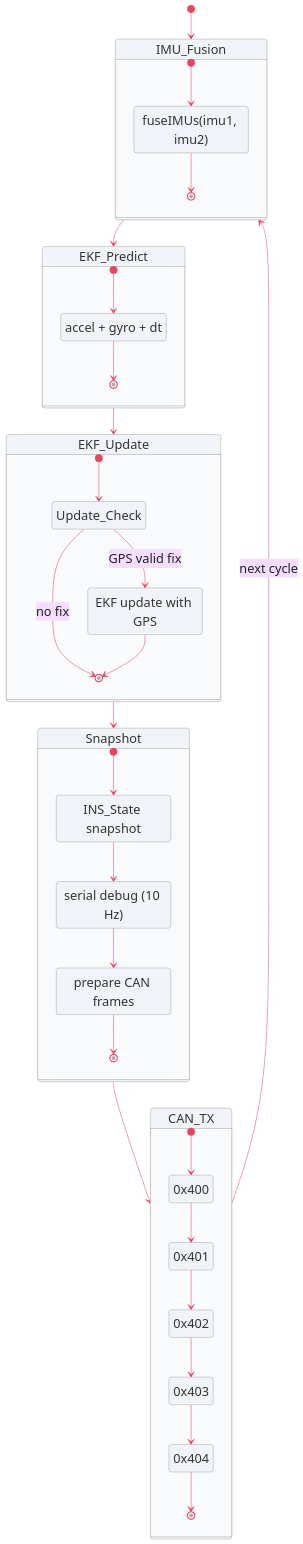
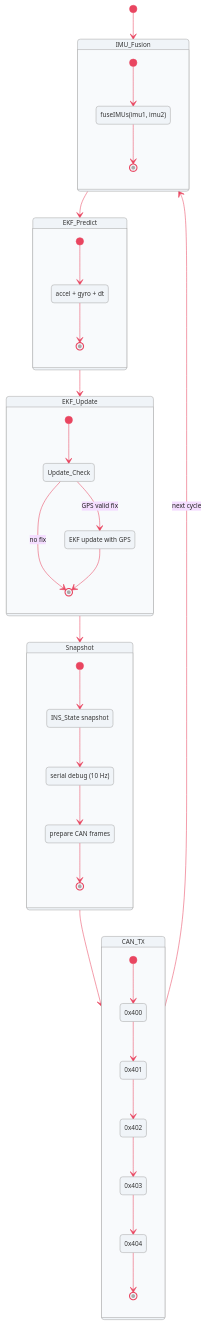
The fourth of 4 diagrams in README.md (ptmotorsport/PT-IMU2CAN), drawn with Mermaid before and after one commit. The commit also changed other lines of this file, not shown here.

Commit message:
Update README.md
adjust font size

````diff
--- a/README.md
+++ b/README.md
@@ -99,79 +99,79 @@
 ```mermaid
 %%{init: {'theme': 'base', 'themeVariables': {
-    'fontSize': '24px',
+    'fontSize': '12px',
     'lineColor': '#e94560',
     'mainBkg': '#f0f4f8',
     'nodeBorder': '#aaaaaa',
     'textColor': '#222222',
     'background': '#f8fafc',
     'clusterBkg': '#f1f5f9'
 }}}%%
 stateDiagram-v2
 
     [*] --> IMU_Fusion
 
     IMU_Fusion --> EKF_Predict
 
     state IMU_Fusion {
         direction TB
         [*] --> Fuse
         Fuse : fuseIMUs(imu1, imu2)
         Fuse --> [*]
     }
 
     EKF_Predict --> EKF_Update
 
     state EKF_Predict {
         direction TB
         [*] --> Predict
         Predict : accel + gyro + dt
         Predict --> [*]
     }
 
     state EKF_Update {
         direction TB
         [*] --> Update_Check
         Update_Check --> GPS_Update : GPS valid fix
         Update_Check --> [*] : no fix
 
         GPS_Update : EKF update with GPS
         GPS_Update --> [*]
     }
 
     EKF_Update --> Snapshot
 
     state Snapshot {
         direction TB
         [*] --> Extract_State
         Extract_State --> Debug
         Debug --> CAN_Prepare
         CAN_Prepare --> [*]
 
         Extract_State : INS_State snapshot
         Debug : serial debug (10 Hz)
         CAN_Prepare : prepare CAN frames
     }
 
     Snapshot --> CAN_TX
 
     state CAN_TX {
         direction TB
         [*] --> Send_LatLng
         Send_LatLng --> Send_GPS
         Send_GPS --> Send_GyroXY
         Send_GyroXY --> Send_GyroZAccel
         Send_GyroZAccel --> Send_UTC
         Send_UTC --> [*]
 
         Send_LatLng : 0x400
         Send_GPS : 0x401
         Send_GyroXY : 0x402
         Send_GyroZAccel : 0x403
         Send_UTC : 0x404
     }
 
     CAN_TX --> IMU_Fusion : next cycle
 
     classDef predictBox fill:#dbeafe,stroke:#3b82f6,stroke-width:1.5px,color:#1e3a5f
     classDef updateBox fill:#e8f5f0,stroke:#2d8a6a,stroke-width:1.5px,color:#064e3b
 ```
````
